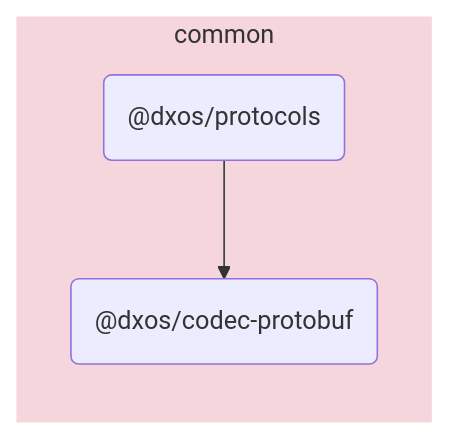
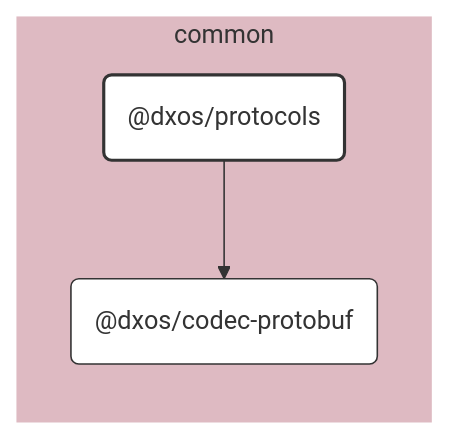
One commit to dxos/dxos changed the diagram in packages/common/protocols/docs/README.md. Above: the diagram before and after it, drawn with Mermaid. The commit also changed other lines of this file and 109 other files, not shown here.

````diff
--- a/packages/common/protocols/docs/README.md
+++ b/packages/common/protocols/docs/README.md
@@ -5,11 +7,29 @@
 ```mermaid
-flowchart LR;
+%%{ init: {'flowchart':{'curve':'basis'}} }%%
 
+flowchart LR
+
+%% Links
+dxos/protocols --> dxos/codec-protobuf;
+
+%% Sections
 subgraph common
-  style common fill:#f5d6dd,stroke:#fff;
-  dxos/protocols("@dxos/protocols");
-  dxos/codec-protobuf("@dxos/codec-protobuf");
+  style common fill:#debac2,stroke:#fff;
+
+  dxos/codec-protobuf("@dxos/codec-protobuf")
+  dxos/protocols("@dxos/protocols")
 end
 
-dxos/protocols --> dxos/codec-protobuf;
+
+%% Hyperlinks
+click dxos/codec-protobuf href "https:/github.com/dxos/dxos/tree/main/packages/common/codec-protobuf/docs";
+
+%% Styles
+classDef rootNode fill:#fff,stroke:#333,stroke-width:2px
+classDef defaultNode fill:#fff,stroke:#333,stroke-width:1px
+linkStyle default stroke:#333,stroke-width:1px
+
+dxos/protocols:::rootNode
+
+dxos/codec-protobuf:::defaultNode
 ```
````
